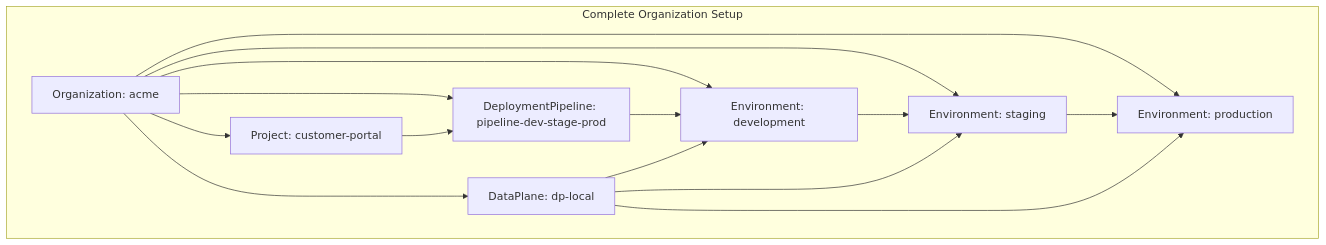
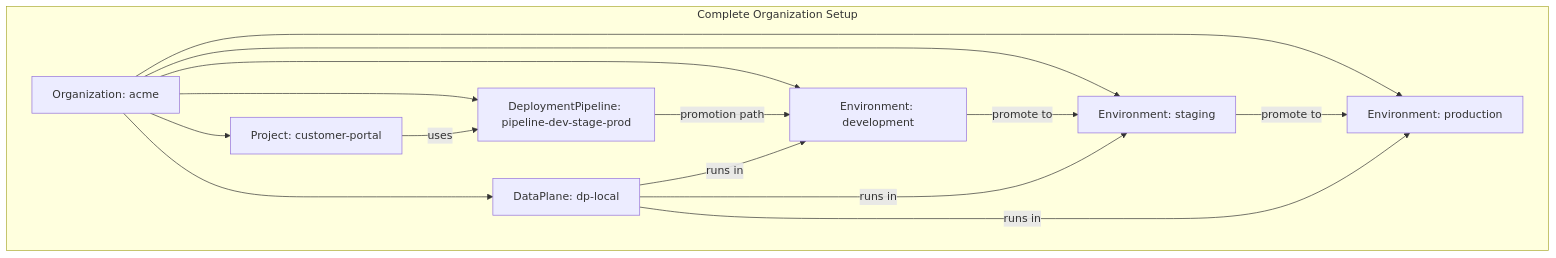
Before and after one commit to openchoreo/openchoreo: the fourth of 4 diagrams in docs/deepwiki/Organizational-Resources.md, drawn with Mermaid. The commit also changed other lines of this file and 85 other files, not shown here.

Commit message:
feat: Add new workflow and specification templates, update Helm chart dependencies, and clarify documentation diagrams.

````diff
--- a/docs/deepwiki/Organizational-Resources.md
+++ b/docs/deepwiki/Organizational-Resources.md
@@ -324,34 +324,34 @@
 ```mermaid
 flowchart TD
 
 Org["Organization: acme"]
 DP["DataPlane: dp-local"]
 EnvDev["Environment: development"]
 EnvStg["Environment: staging"]
 EnvProd["Environment: production"]
 Pipeline["DeploymentPipeline: pipeline-dev-stage-prod"]
 Proj["Project: customer-portal"]
 
 subgraph subGraph0 ["Complete Organization Setup"]
     Org
     DP
     EnvDev
     EnvStg
     EnvProd
     Pipeline
     Proj
     Org --> DP
     Org --> EnvDev
     Org --> EnvStg
     Org --> EnvProd
     Org --> Pipeline
     Org --> Proj
-    Pipeline --> EnvDev
-    EnvDev --> EnvStg
-    EnvStg --> EnvProd
-    DP --> EnvDev
-    DP --> EnvStg
-    DP --> EnvProd
-    Proj --> Pipeline
+    Pipeline -->|"promotion path"| EnvDev
+    EnvDev -->|"promote to"| EnvStg
+    EnvStg -->|"promote to"| EnvProd
+    DP -->|"runs in"| EnvDev
+    DP -->|"runs in"| EnvStg
+    DP -->|"runs in"| EnvProd
+    Proj -->|"uses"| Pipeline
 end
 ```
````
